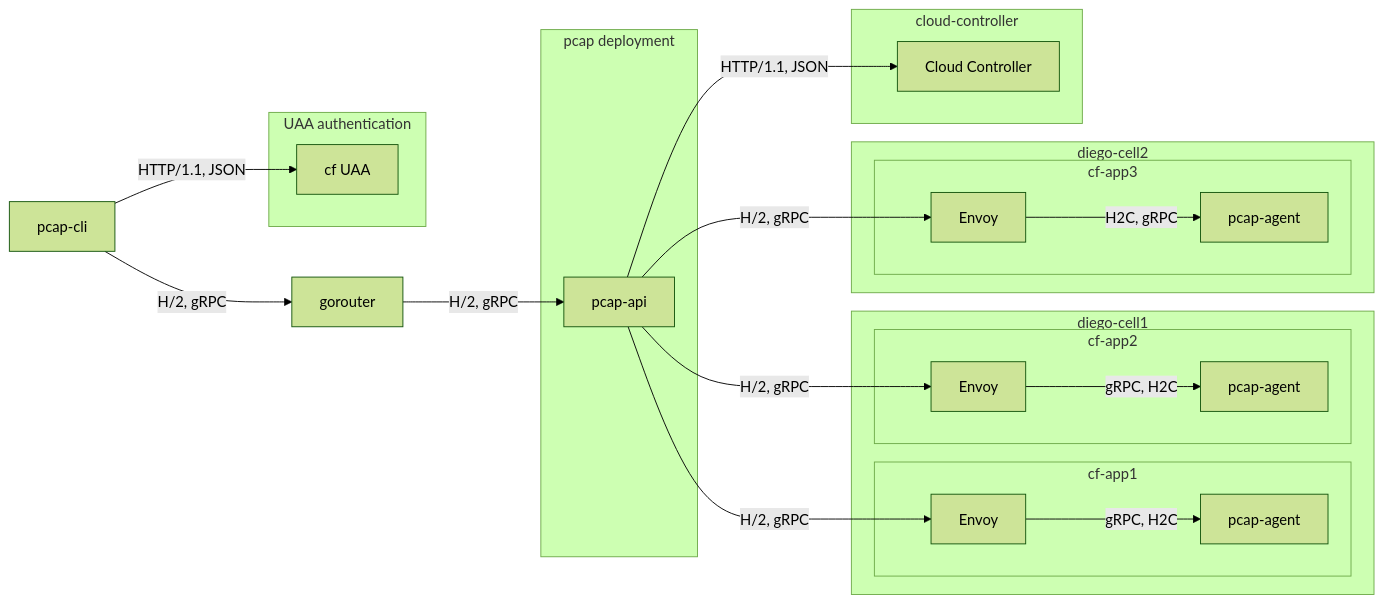
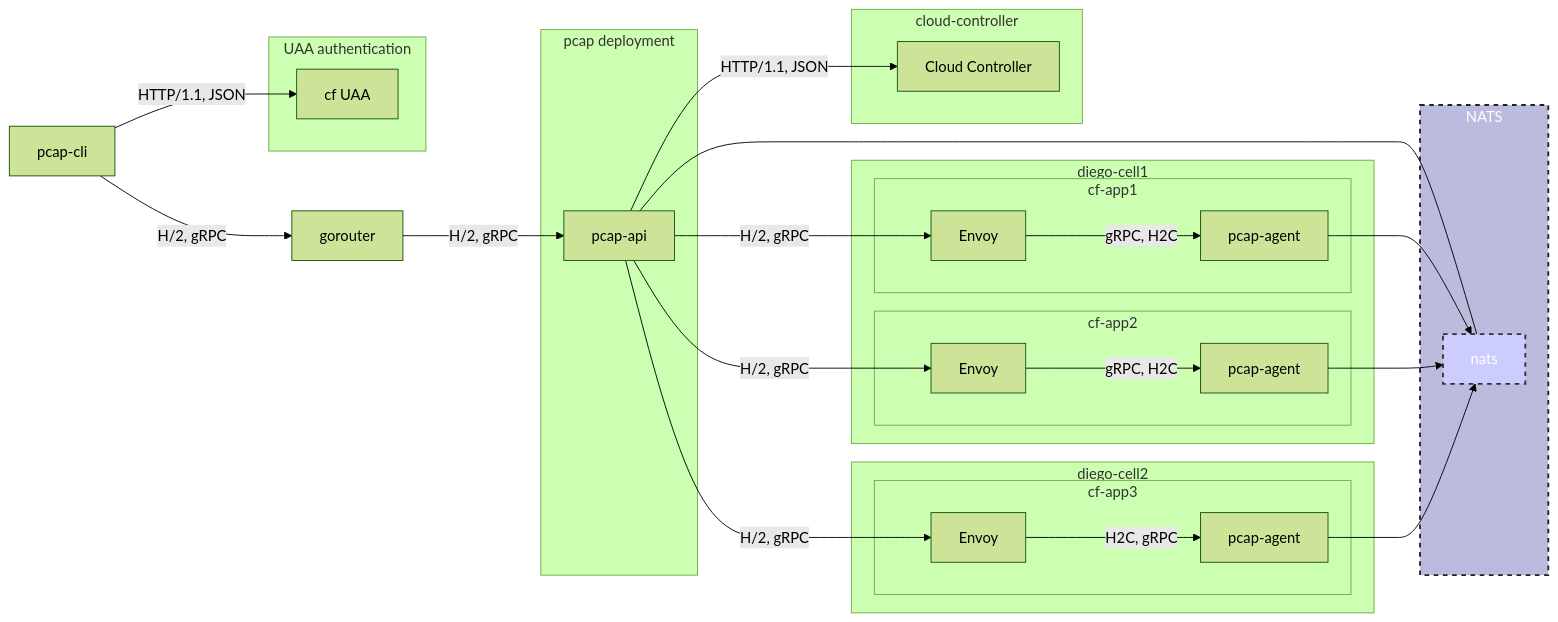
The first of 19 diagrams in docs/api-communication-spec.md (cloudfoundry/pcap-release), drawn with Mermaid (forest theme) before and after one commit.

Commit message:
docs(api): add NATS component

````diff
--- a/docs/api-communication-spec.md
+++ b/docs/api-communication-spec.md
@@ -17,33 +17,42 @@
 ```mermaid
 graph LR
     subgraph UAA authentication
         cf[cf UAA]
     end
+    
+    style nats fill:#ccf,stroke:#333,stroke-width:2px,color:#fff,stroke-dasharray: 5 5
+    style NATS fill:#bbd,stroke:#222,stroke-width:2px,color:#fff,stroke-dasharray: 5 5
+    
     pcap-cli -->|HTTP/1.1, JSON| cf[cf UAA]
     pcap-cli -->|H/2, gRPC| gorouter
     gorouter -->|H/2, gRPC| pcap-api
-
+    pcap-api ---nats
     subgraph pcap deployment
         pcap-api
     end
-    
+    subgraph NATS
+        nats[nats]
+    end
     subgraph diego-cell1
         subgraph cf-app1
             pcap-api -->|H/2, gRPC| c1e[Envoy]
             c1e -->|gRPC, H2C| c1[pcap-agent]
+            c1[pcap-agent] --> nats
         end 
         subgraph cf-app2
             pcap-api -->|H/2, gRPC| c2e[Envoy]
             c2e -->|gRPC, H2C| c2[pcap-agent]
+            c2[pcap-agent] --> nats
         end 
     end
     subgraph diego-cell2
         subgraph cf-app3
             pcap-api -->|H/2, gRPC| c3e[Envoy]
             c3e -->|H2C, gRPC| c3[pcap-agent]
+            c3[pcap-agent] --> nats
         end 
     end
     subgraph cloud-controller
         pcap-api -->|HTTP/1.1, JSON| cc[Cloud Controller]
     end
 ```
````
